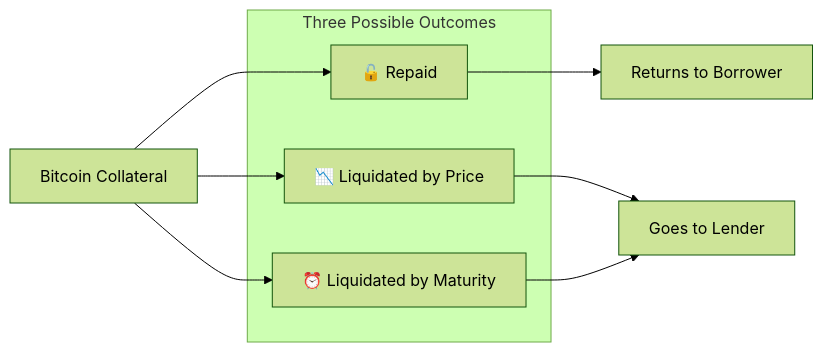
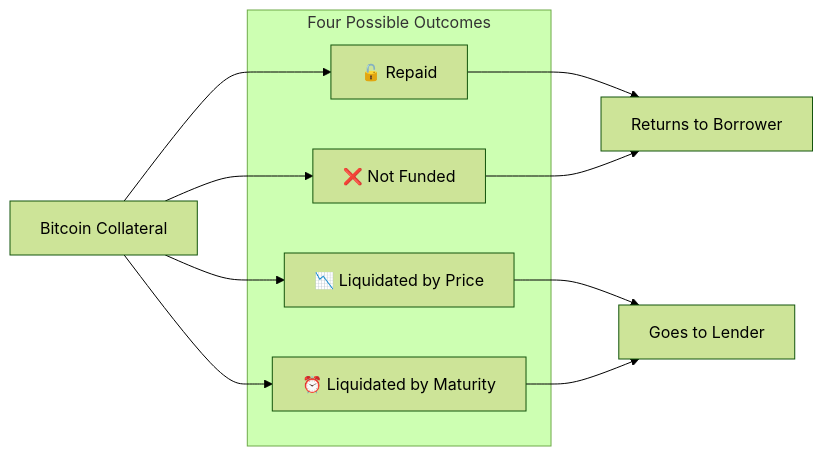
The first of 7 diagrams in _posts/2025-02-10-lygos-finance-dlc-lending-simplified-enumerated-outcomes.md (matthewjablack/mblack.io), drawn with Mermaid (forest theme) before and after one commit. The commit also changed other lines of this file, not shown here.

Commit message:
feat: update dlc lending for 4 outcomes (#7)

````diff
--- a/_posts/2025-02-10-lygos-finance-dlc-lending-simplified-enumerated-outcomes.md
+++ b/_posts/2025-02-10-lygos-finance-dlc-lending-simplified-enumerated-outcomes.md
@@ -23,16 +23,19 @@
 ```mermaid
 flowchart LR
-    subgraph Outcomes["Three Possible Outcomes"]
+    subgraph Outcomes["Four Possible Outcomes"]
         A[🔓 Repaid]
         B[📉 Liquidated by Price]
         C[⏰ Liquidated by Maturity]
+        D[❌ Not Funded]
     end
 
     Collateral[Bitcoin Collateral] --> A
     Collateral --> B
     Collateral --> C
+    Collateral --> D
 
     A --> Borrower[Returns to Borrower]
     B --> Lender[Goes to Lender]
     C --> Lender
+    D --> Borrower
 ```
````
